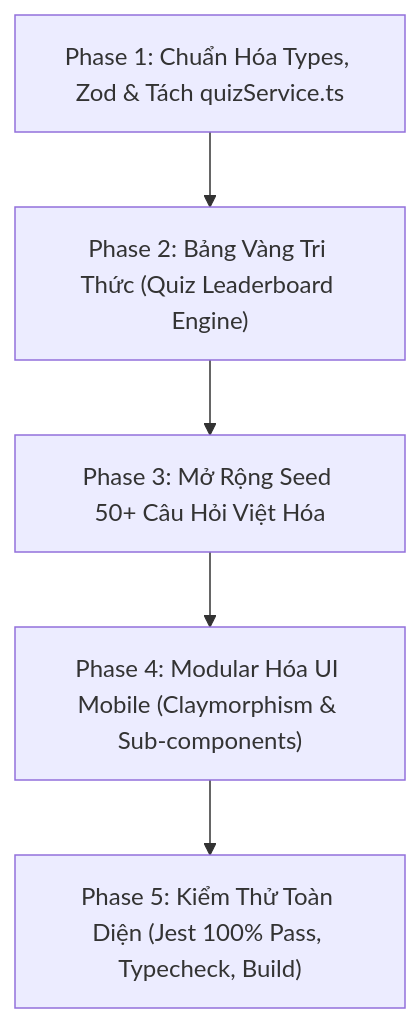
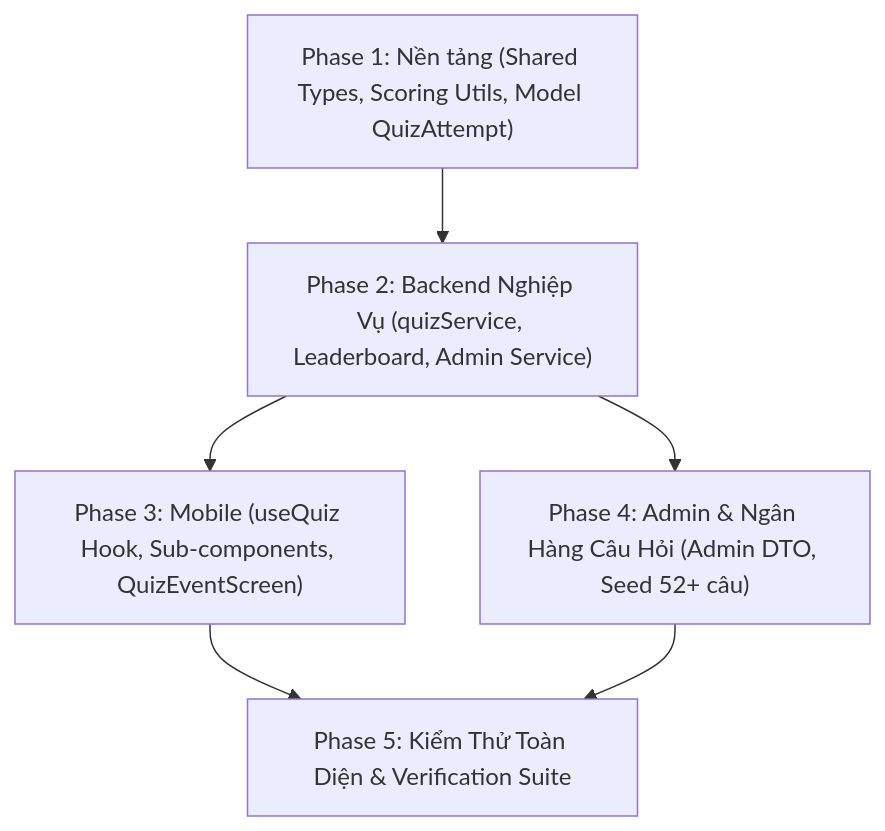
One commit to NgoHungSo1510/Growary changed the diagram in plan update/v2/v2.5-quiz-game-overhaul.md. Above: the diagram before and after it, drawn with Mermaid. The commit also changed other lines of this file and 1 other file, not shown here.

Commit message:
docs(plan): update v2.5 quiz overhaul plan to handoff-ready standard

````diff
--- a/plan update/v2/v2.5-quiz-game-overhaul.md
+++ b/plan update/v2/v2.5-quiz-game-overhaul.md
@@ -21,7 +24,8 @@
 ```mermaid
 graph TD
-    A["Phase 1: Chuẩn Hóa Types, Zod & Tách quizService.ts"] --> B["Phase 2: Bảng Vàng Tri Thức (Quiz Leaderboard Engine)"]
-    B --> C["Phase 3: Mở Rộng Seed 50+ Câu Hỏi Việt Hóa"]
-    C --> D["Phase 4: Modular Hóa UI Mobile (Claymorphism & Sub-components)"]
-    D --> E["Phase 5: Kiểm Thử Toàn Diện (Jest 100% Pass, Typecheck, Build)"]
+    A["Phase 1: Nền tảng (Shared Types, Scoring Utils, Model QuizAttempt)"] --> B["Phase 2: Backend Nghiệp Vụ (quizService, Leaderboard, Admin Service)"]
+    B --> C["Phase 3: Mobile (useQuiz Hook, Sub-components, QuizEventScreen)"]
+    B --> D["Phase 4: Admin & Ngân Hàng Câu Hỏi (Admin DTO, Seed 52+ câu)"]
+    C --> E["Phase 5: Kiểm Thử Toàn Diện & Verification Suite"]
+    D --> E
 ```
````
